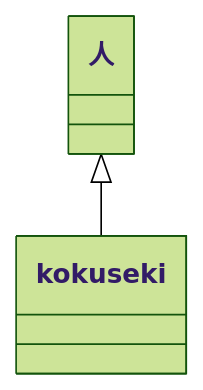
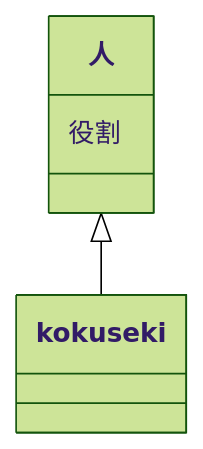
Before and after one commit to tpu-game-2022/mermaid_test: the second of 2 diagrams in README.md, drawn with Mermaid (forest theme).

Commit message:
クラス図テスト07

````diff
--- a/README.md
+++ b/README.md
@@ -66,5 +66,6 @@
 ```mermaid
 classDiagram
 人 <|-- kokuseki
+人 : 役割
 
 ```
````
